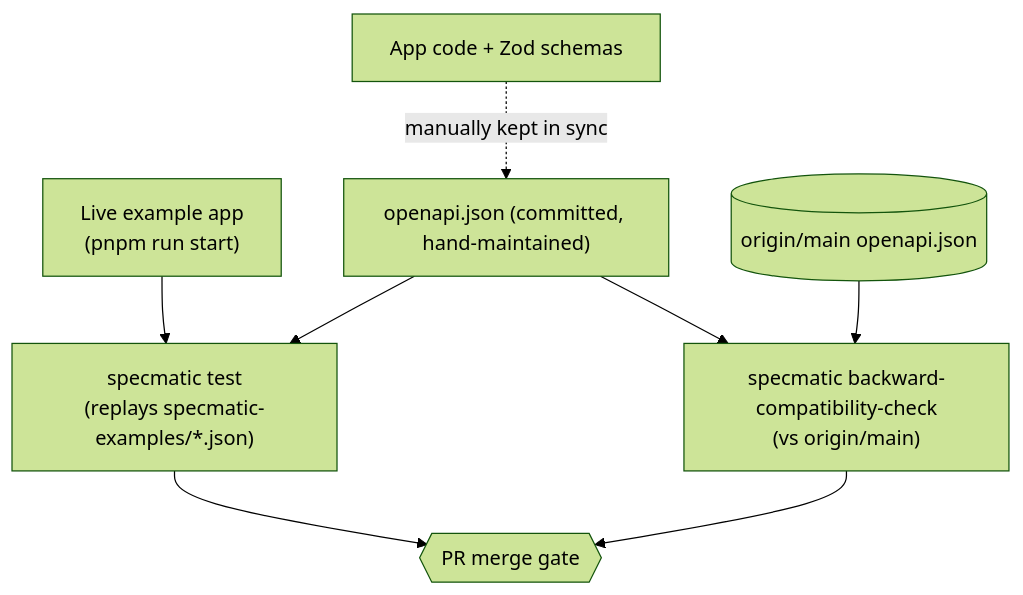
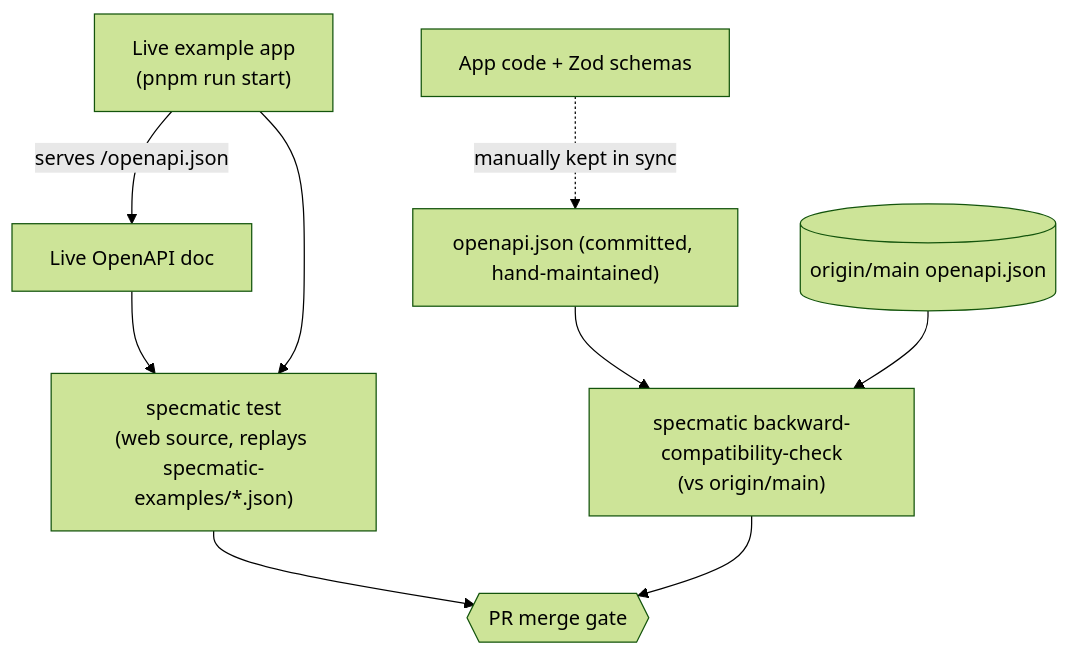
One commit to BenLorantfy/nestjs-zod changed the second of 2 diagrams in SPECMATIC.md. Above: the diagram before and after it, drawn with Mermaid (forest theme). The commit also changed other lines of this file and 6 other files, not shown here.

First line of the commit message:
feat: upgrade Specmatic config to v3 and test against the live OpenAPI doc

````diff
--- a/SPECMATIC.md
+++ b/SPECMATIC.md
@@ -103,13 +103,14 @@
 ```mermaid
 flowchart TD
     Code["App code + Zod schemas"] -.->|"manually kept in sync"| SpecFile["openapi.json (committed, hand-maintained)"]
 
-    LiveApp["Live example app\n(pnpm run start)"] --> ContractTest["specmatic test\n(replays specmatic-examples/*.json)"]
-    SpecFile --> ContractTest
+    LiveApp["Live example app\n(pnpm run start)"] -->|"serves /openapi.json"| LiveSpec["Live OpenAPI doc"]
+    LiveSpec --> ContractTest["specmatic test\n(web source, replays specmatic-examples/*.json)"]
+    LiveApp --> ContractTest
 
     SpecFile --> CompatCheck["specmatic backward-compatibility-check\n(vs origin/main)"]
     MainBranch[("origin/main openapi.json")] --> CompatCheck
 
     ContractTest --> Gate{{"PR merge gate"}}
     CompatCheck --> Gate
 ```
````
